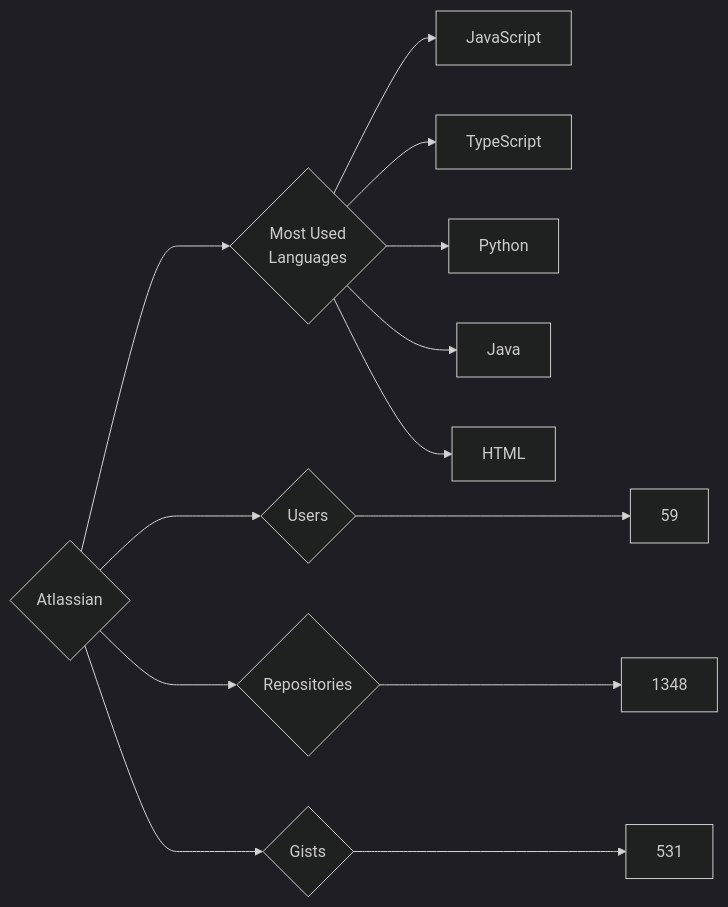
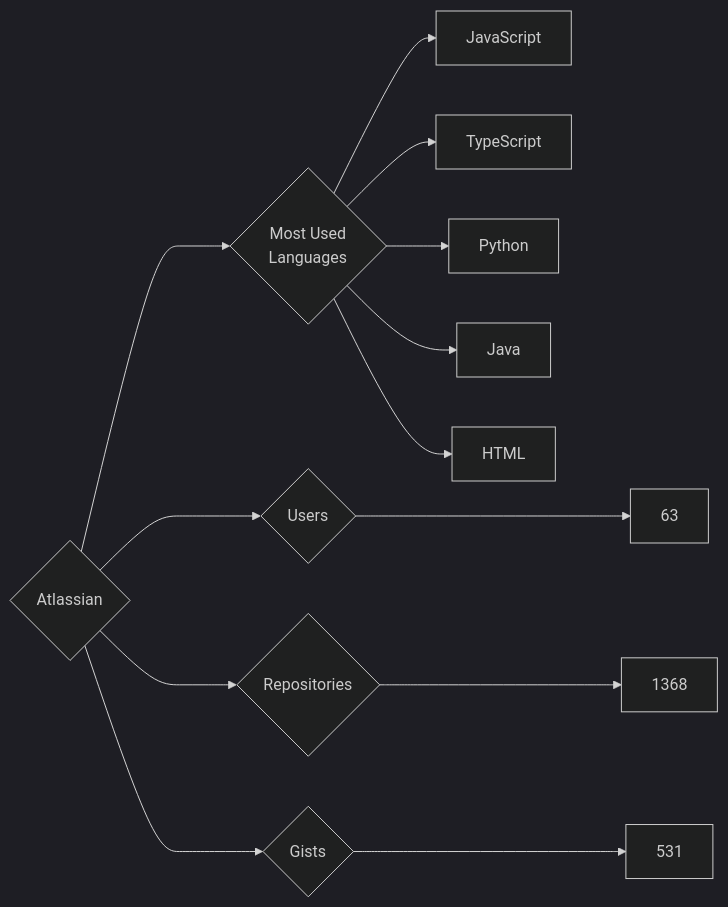
The diagram in targets/Atlassian/README.md (trickest/insiders), drawn with Mermaid (dark theme) before and after one commit. The commit also changed 861 other files, not shown here.

````diff
--- a/targets/Atlassian/README.md
+++ b/targets/Atlassian/README.md
@@ -3,13 +3,13 @@
 ```mermaid
 graph LR
 COMPANY_NAME{Atlassian}
-COMPANY_NAME ---> U{Users} ---> UN[59]
-COMPANY_NAME ---> R{Repositories} ---> RN[1348]
+COMPANY_NAME ---> U{Users} ---> UN[63]
+COMPANY_NAME ---> R{Repositories} ---> RN[1368]
 COMPANY_NAME ---> G{Gists} ---> GN[531]
 COMPANY_NAME ---> ML{Most Used<br>Languages}
 ML --> JavaScript[JavaScript]
 ML --> TypeScript[TypeScript]
 ML --> Python[Python]
 ML --> Java[Java]
 ML --> HTML[HTML]
 ```
````
